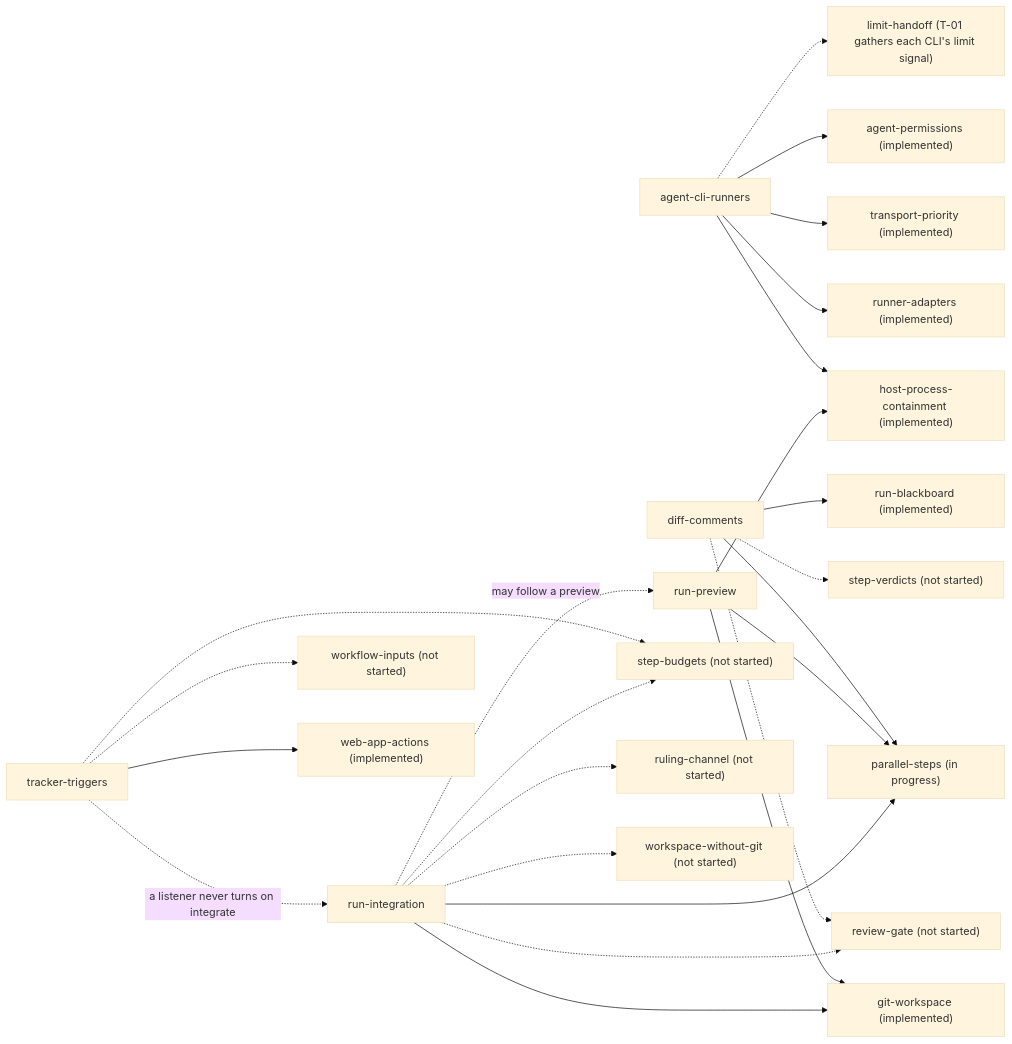
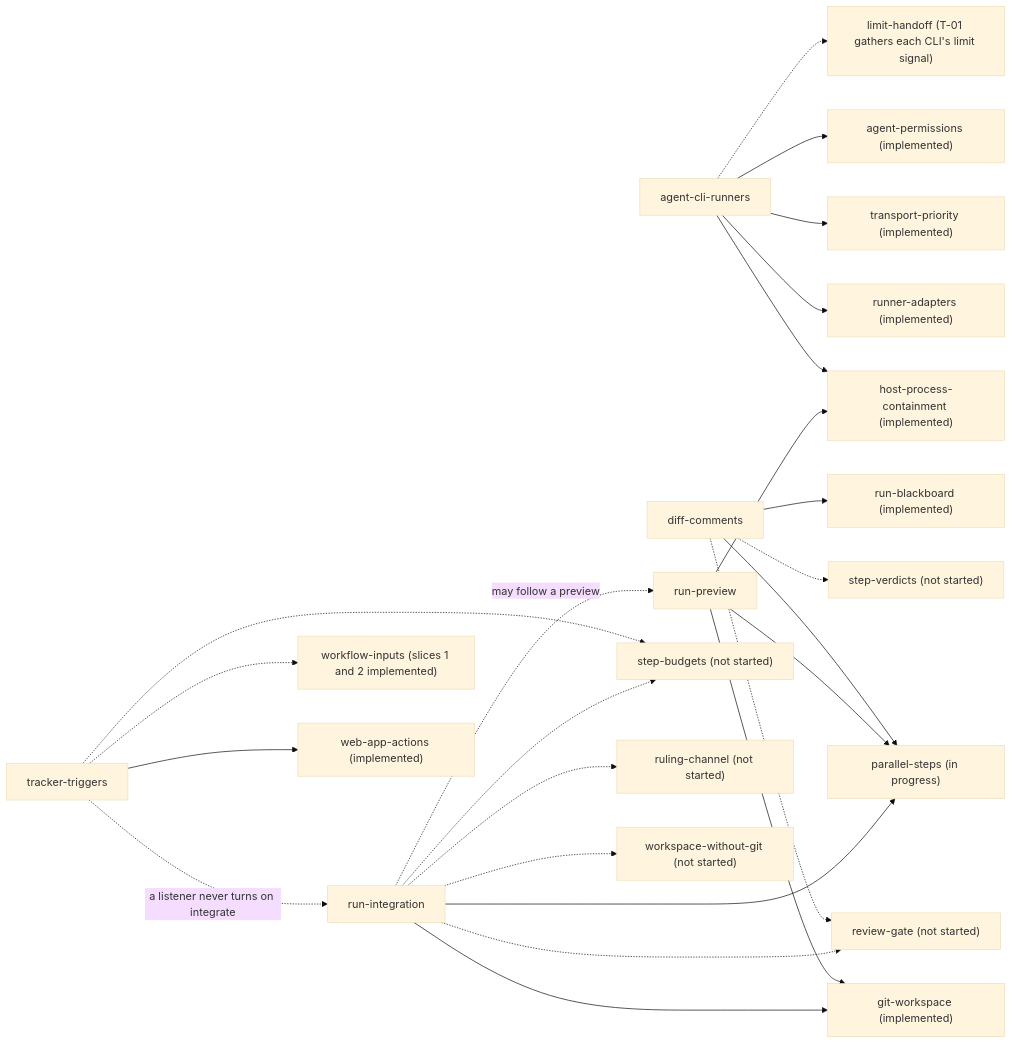
The fourth of 5 diagrams in specs/DEPENDENCY_MAP.md (yaotzin1/indaba), drawn with Mermaid (base theme) before and after one commit. The commit also changed other lines of this file, not shown here.

````diff
--- a/specs/DEPENDENCY_MAP.md
+++ b/specs/DEPENDENCY_MAP.md
@@ -195,31 +204,31 @@
 ```mermaid
 graph LR
     ACR["agent-cli-runners"]
     DC["diff-comments"]
     TT["tracker-triggers"]
     RP["run-preview"]
     RI["run-integration"]
     ACR --> RA["runner-adapters (implemented)"]
     ACR --> TP["transport-priority (implemented)"]
     ACR --> AP["agent-permissions (implemented)"]
     ACR --> HPC["host-process-containment (implemented)"]
     ACR -.-> LH["limit-handoff (T-01 gathers each CLI's limit signal)"]
     DC -.-> RG["review-gate (not started)"]
     DC -.-> SV["step-verdicts (not started)"]
     DC --> RB["run-blackboard (implemented)"]
     DC --> PS["parallel-steps (in progress)"]
-    TT -.-> WI["workflow-inputs (not started)"]
+    TT -.-> WI["workflow-inputs (slices 1 and 2 implemented)"]
     TT -.-> SB["step-budgets (not started)"]
     TT --> WAA["web-app-actions (implemented)"]
     RP --> GW["git-workspace (implemented)"]
     RP --> PS
     RP --> HPC
     RI --> PS
     RI --> GW
     RI -.-> RG
     RI -.-> RC["ruling-channel (not started)"]
     RI -.-> SB
     RI -.-> WWG["workspace-without-git (not started)"]
     RI -. "may follow a preview" .-> RP
     TT -. "a listener never turns on integrate" .-> RI
 ```
````
